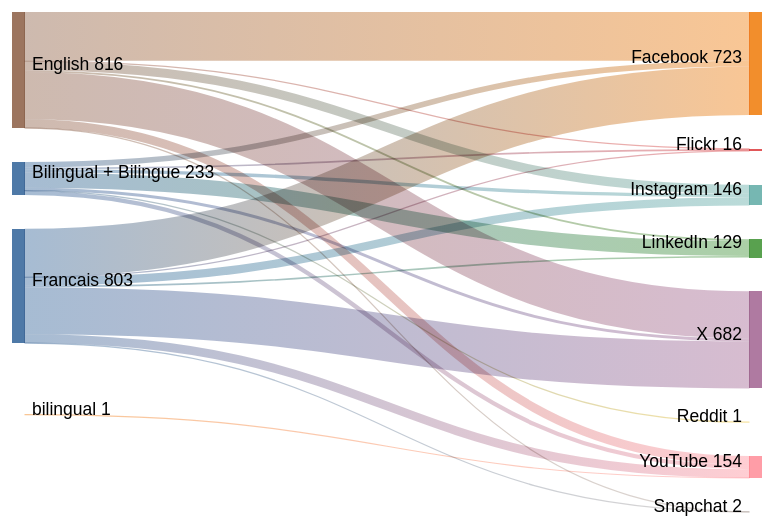
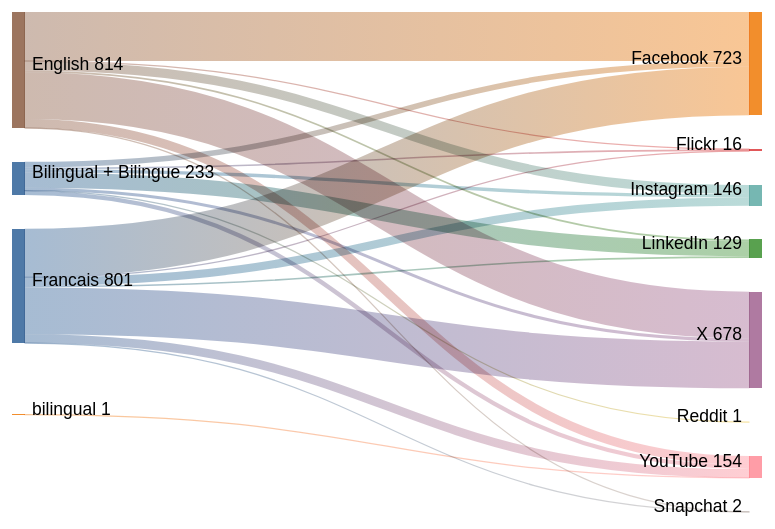
Before and after one commit to PatLittle/GC-Socials: the diagram in sankey_diagram.md, drawn with Mermaid (forest theme).

Commit message:
Update Sankey diagram for the most recent day

````diff
--- a/sankey_diagram.md
+++ b/sankey_diagram.md
@@ -1,25 +1,25 @@
 ```mermaid
 sankey-beta
   Bilingual + Bilingue,Facebook,40
   Bilingual + Bilingue,Flickr,11
   Bilingual + Bilingue,Instagram,24
   Bilingual + Bilingue,LinkedIn,106
   Bilingual + Bilingue,Reddit,1
   Bilingual + Bilingue,X,21
   Bilingual + Bilingue,YouTube,30
   English,Facebook,343
   English,Flickr,3
   English,Instagram,64
   English,LinkedIn,12
   English,Snapchat,1
-  English,X,331
+  English,X,329
   English,YouTube,62
   Francais,Facebook,340
   Francais,Flickr,2
   Francais,Instagram,58
   Francais,LinkedIn,11
   Francais,Snapchat,1
-  Francais,X,330
+  Francais,X,328
   Francais,YouTube,61
   bilingual,YouTube,1
 ```
````
